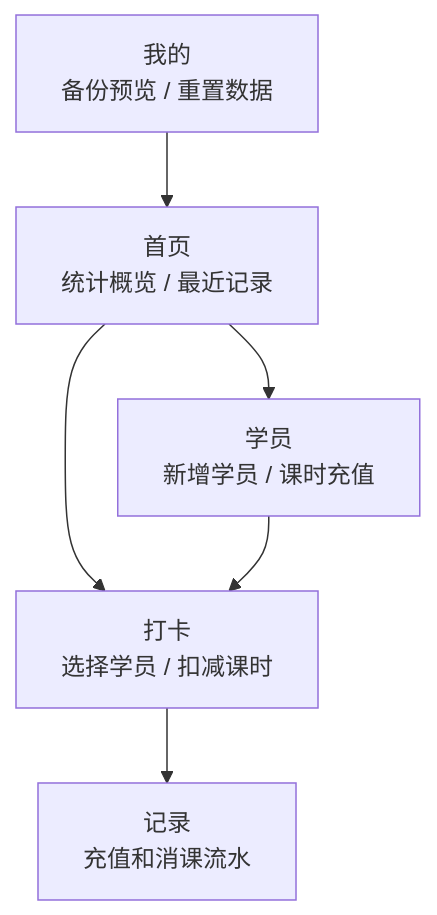
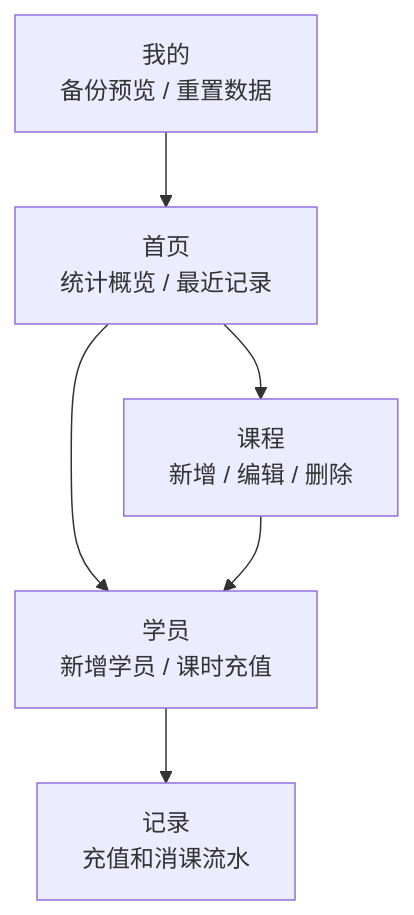
One commit to ivyhaizi/keshiji changed the first of 2 diagrams in docs/使用说明.md. Above: the diagram before and after it, drawn with Mermaid. The commit also changed other lines of this file and 26 other files, not shown here.

````diff
--- a/docs/使用说明.md
+++ b/docs/使用说明.md
@@ -50,14 +50,14 @@
 ```mermaid
 flowchart TD
   dashboard["首页\n统计概览 / 最近记录"]
+  courses["课程\n新增 / 编辑 / 删除"]
   students["学员\n新增学员 / 课时充值"]
-  checkin["打卡\n选择学员 / 扣减课时"]
   records["记录\n充值和消课流水"]
   profile["我的\n备份预览 / 重置数据"]
 
-  dashboard --> checkin
+  dashboard --> courses
   dashboard --> students
-  students --> checkin
-  checkin --> records
+  courses --> students
+  students --> records
   profile --> dashboard
 ```
````
